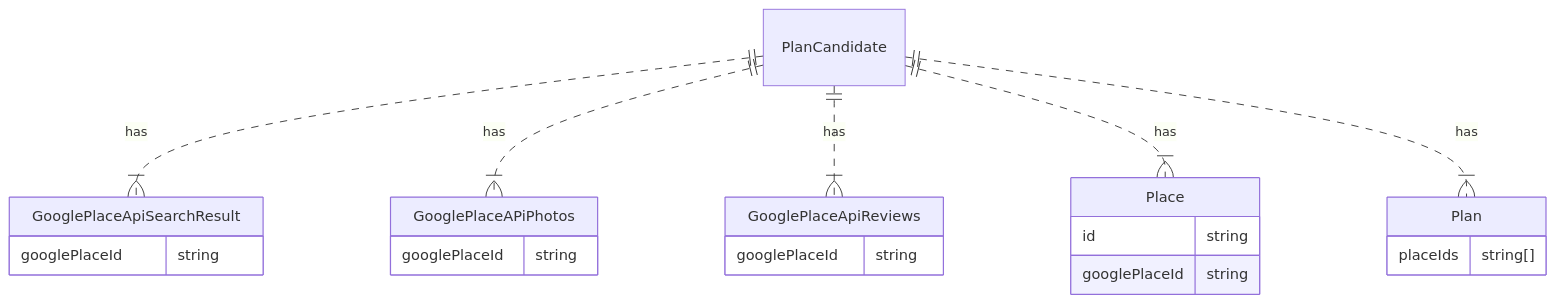
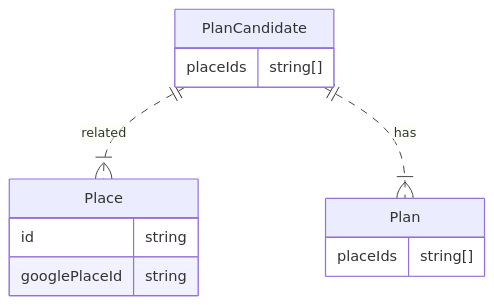
The second of 2 diagrams in doc/firestore.md (poroto-app/planner), drawn with Mermaid before and after one commit. The commit also changed other lines of this file, not shown here.

````diff
--- a/doc/firestore.md
+++ b/doc/firestore.md
@@ -4,26 +30,16 @@
 ```mermaid
 erDiagram
-    PlanCandidate
+    PlanCandidate {
+        placeIds string[]
+    }
     Plan {
         placeIds string[]
     }
     Place {
         id string
         googlePlaceId string
     }
-    GooglePlaceApiSearchResult {
-        googlePlaceId string
-    }
-    GooglePlaceAPiPhotos {
-        googlePlaceId string
-    }
-    GooglePlaceApiReviews {
-        googlePlaceId string
-    }
 
-    PlanCandidate ||..|{ GooglePlaceApiSearchResult: has
-    PlanCandidate ||..|{ GooglePlaceAPiPhotos: has
-    PlanCandidate ||..|{ GooglePlaceApiReviews: has
-    PlanCandidate ||..|{ Place: has
+    PlanCandidate ||..|{ Place: related
     PlanCandidate ||..|{ Plan: has
 ```
````
